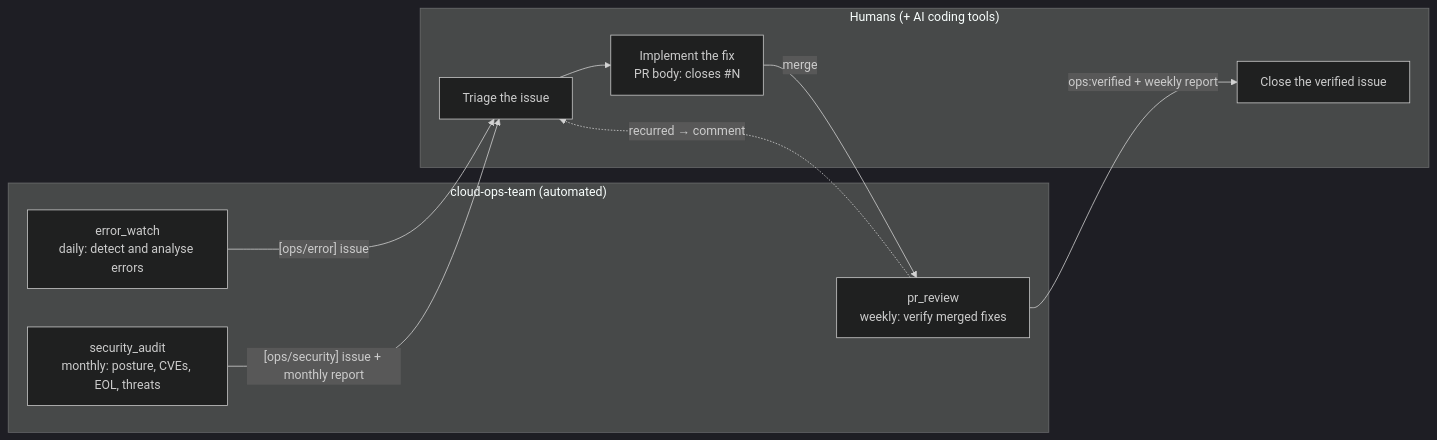
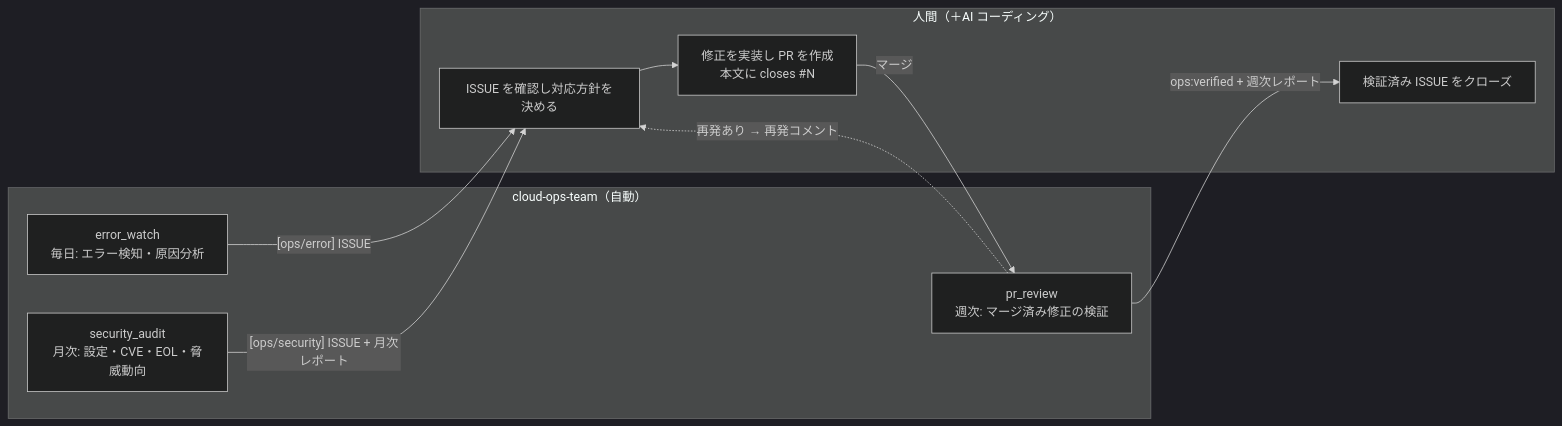
The first of 4 diagrams in docs/architecture.md (atsuki-sakai/cloud-ops-team), drawn with Mermaid (dark theme) before and after one commit. The commit also changed other lines of this file and 26 other files, not shown here.

````diff
--- a/docs/architecture.md
+++ b/docs/architecture.md
@@ -17,19 +16,19 @@
 ```mermaid
 flowchart LR
-    subgraph Agents["cloud-ops-team (automated)"]
-        EW["error_watch<br/>daily: detect and analyse errors"]
-        SA["security_audit<br/>monthly: posture, CVEs, EOL, threats"]
-        PR["pr_review<br/>weekly: verify merged fixes"]
+    subgraph Agents["cloud-ops-team（自動）"]
+        EW["error_watch<br/>毎日: エラー検知・原因分析"]
+        SA["security_audit<br/>月次: 設定・CVE・EOL・脅威動向"]
+        PR["pr_review<br/>週次: マージ済み修正の検証"]
     end
-    subgraph Humans["Humans (+ AI coding tools)"]
-        H1["Triage the issue"]
-        H2["Implement the fix<br/>PR body: closes #N"]
-        H3["Close the verified issue"]
+    subgraph Humans["人間（＋AI コーディング）"]
+        H1["ISSUE を確認し対応方針を決める"]
+        H2["修正を実装し PR を作成<br/>本文に closes #N"]
+        H3["検証済み ISSUE をクローズ"]
     end
-    EW -- "[ops/error] issue" --> H1
-    SA -- "[ops/security] issue + monthly report" --> H1
+    EW -- "[ops/error] ISSUE" --> H1
+    SA -- "[ops/security] ISSUE + 月次レポート" --> H1
     H1 --> H2
-    H2 -- "merge" --> PR
-    PR -- "ops:verified + weekly report" --> H3
-    PR -. "recurred → comment" .-> H1
+    H2 -- "マージ" --> PR
+    PR -- "ops:verified + 週次レポート" --> H3
+    PR -. "再発あり → 再発コメント" .-> H1
 ```
````
